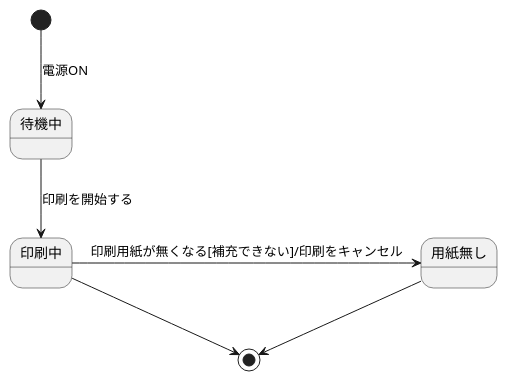
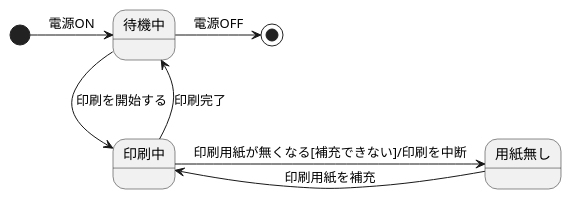
The diagram in 6/演習6-1_SD_プリンタ.pu (chibachibaibu2003/laughing-carnival), drawn with PlantUML before and after one commit. The commit also changed 2 other files, not shown here.

```diff
--- a/6/演習6-1_SD_プリンタ.pu
+++ b/6/演習6-1_SD_プリンタ.pu
@@ -1,7 +1,8 @@
 @startuml 演習6-1
-    [*] --> 待機中: 電源ON
-    待機中 --> 印刷中: 印刷を開始する
-    印刷中 -right-> 用紙無し: 印刷用紙が無くなる[補充できない]/印刷をキャンセル
-    印刷中-->[*]
-    用紙無し --> [*]
+    [*] -right-> 待機中: 電源ON
+    待機中 -right-> [*]: 電源OFF
+    待機中 -down-> 印刷中: 印刷を開始する
+    印刷中 -up->待機中: 印刷完了
+    印刷中 -right-> 用紙無し: 印刷用紙が無くなる[補充できない]/印刷を中断
+    用紙無し -left-> 印刷中: 印刷用紙を補充
 @enduml
```
